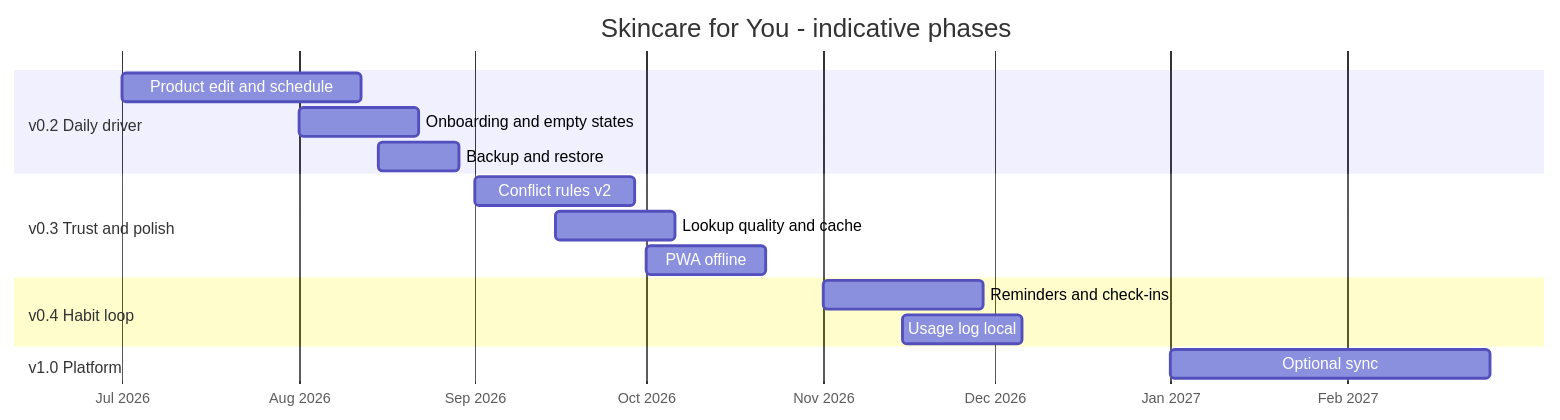
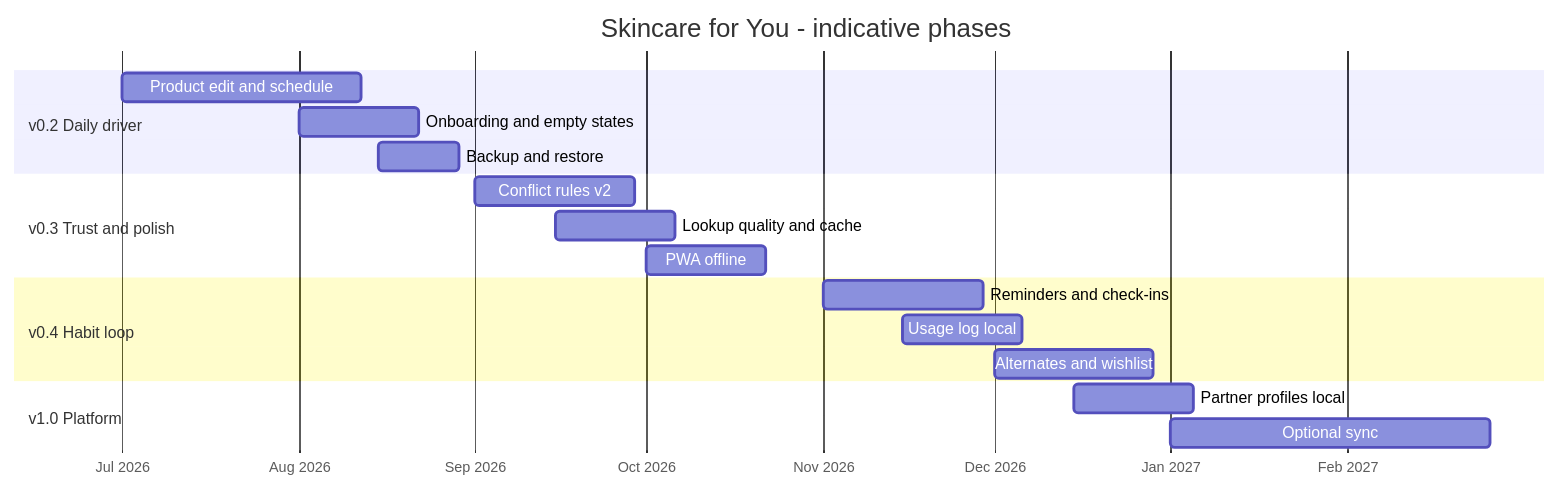
Before and after one commit to antoniwan/skin-care-for-me-webapp: the diagram in docs/ROADMAP.md, drawn with Mermaid. The commit also changed other lines of this file and 48 other files, not shown here.

````diff
--- a/docs/ROADMAP.md
+++ b/docs/ROADMAP.md
@@ -12,19 +12,21 @@
 ```mermaid
 gantt
     title Skincare for You - indicative phases
     dateFormat YYYY-MM-DD
     axisFormat %b %Y
     section v0.2 Daily driver
     Product edit and schedule      :p1, 2026-07-01, 6w
     Onboarding and empty states      :p2, 2026-08-01, 3w
     Backup and restore               :p3, 2026-08-15, 2w
     section v0.3 Trust and polish
     Conflict rules v2                :p4, 2026-09-01, 4w
     Lookup quality and cache         :p5, 2026-09-15, 3w
     PWA offline                      :p6, 2026-10-01, 3w
     section v0.4 Habit loop
     Reminders and check-ins          :p7, 2026-11-01, 4w
     Usage log local                  :p8, 2026-11-15, 3w
+    Alternates and wishlist          :p8b, 2026-12-01, 4w
     section v1.0 Platform
+    Partner profiles local           :p8c, 2026-12-15, 3w
     Optional sync                    :p9, 2027-01-01, 8w
 ```
````
